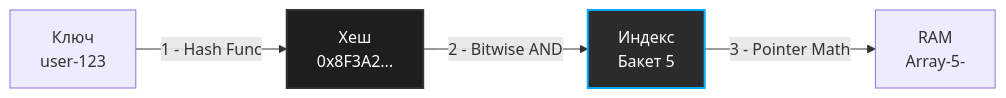
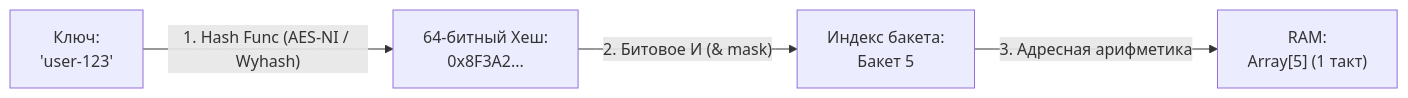
The first of 2 diagrams in sources/20. Алгоритмы и структуры данных (DSA) на Go/03. Хеширование/2. Хеш таблица. Реализация.md (UnrealTemplier/go-textbook), drawn with Mermaid before and after one commit. The commit also changed other lines of this file, not shown here.

Commit message:
feat(module-20): editorial rewrite of 03.2 Hash table implementation in Kernighan style

````diff
--- a/sources/20. Алгоритмы и структуры данных (DSA) на Go/03. Хеширование/2. Хеш таблица. Реализация.md
+++ b/sources/20. Алгоритмы и структуры данных (DSA) на Go/03. Хеширование/2. Хеш таблица. Реализация.md
@@ -16,9 +21,6 @@
 ```mermaid
 flowchart LR
-    A["Ключ<br>user-123"] -->|"1 - Hash Func"| B["Хеш<br>0x8F3A2..."]
-    B -->|"2 - Bitwise AND"| C["Индекс<br>Бакет 5"]
-    C -->|"3 - Pointer Math"| D["RAM<br>Array-5-"]
-    
-    style B fill:#1e1e1e,stroke:#333,stroke-width:2px,color:#fff
-    style C fill:#2b2b2b,stroke:#00aaff,stroke-width:2px,color:#fff
+    A["Ключ:<br/>'user-123'"] -->|"1. Hash Func (AES-NI / Wyhash)"| B["64-битный Хеш:<br/>0x8F3A2..."]
+    B -->|"2. Битовое И (& mask)"| C["Индекс бакета:<br/>Бакет 5"]
+    C -->|"3. Адресная арифметика"| D["RAM:<br/>Array[5] (1 такт)"]
 ```
````
